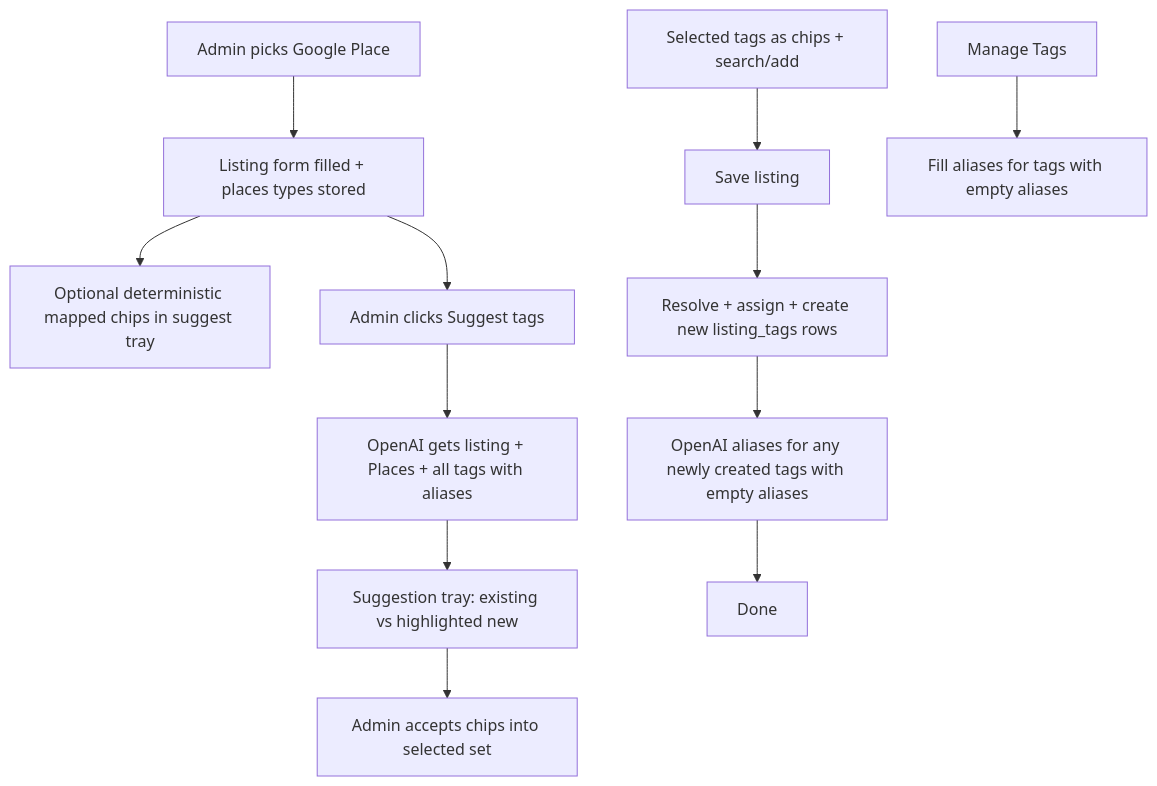
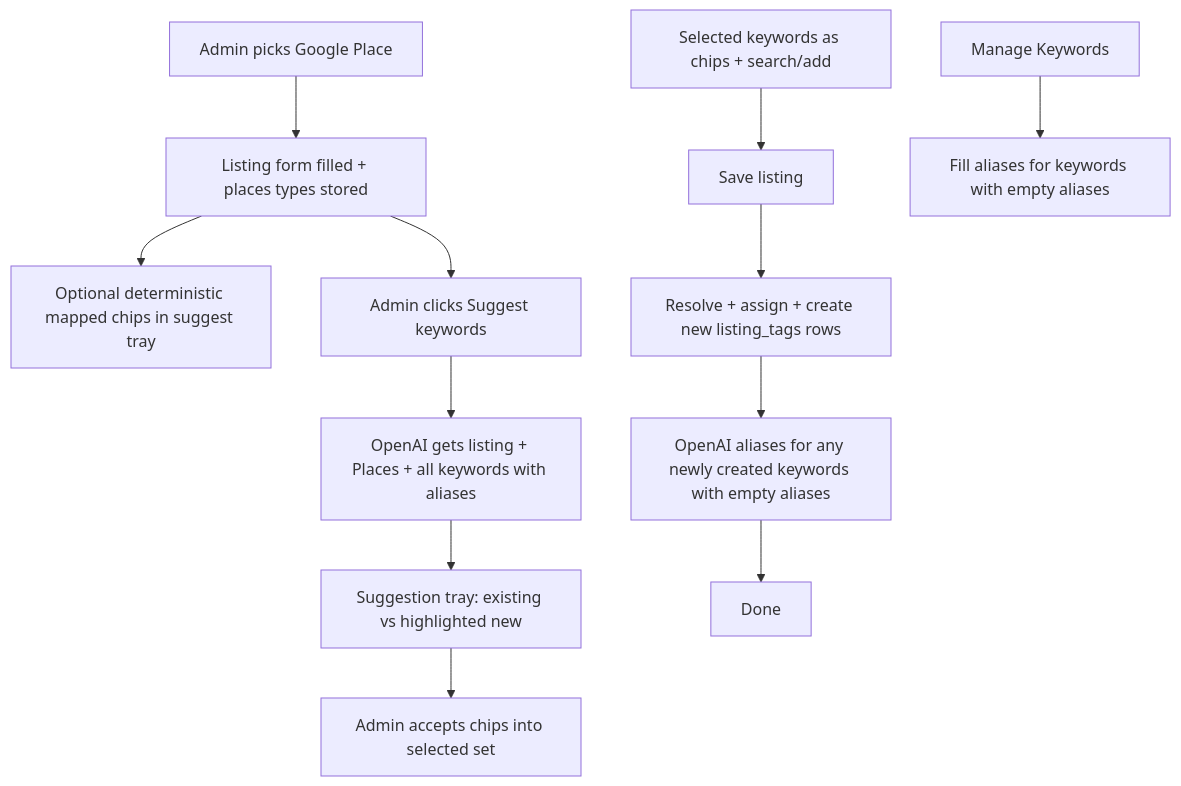
Before and after one commit to AlexanderBraatz/APIC-community-web-app: the second of 2 diagrams in docs/listing-tags-improvement-plan.md, drawn with Mermaid. The commit also changed other lines of this file and 18 other files, not shown here.

First line of the commit message:
Rename listing Tag copy to Keywords in UI and docs.

````diff
--- a/docs/listing-tags-improvement-plan.md
+++ b/docs/listing-tags-improvement-plan.md
@@ -115,14 +115,14 @@
 ```mermaid
 flowchart TD
   Place[Admin picks Google Place] --> Form[Listing form filled + places types stored]
   Form --> DetermOpt[Optional deterministic mapped chips in suggest tray]
-  Form --> SuggestBtn[Admin clicks Suggest tags]
-  SuggestBtn --> AI[OpenAI gets listing + Places + all tags with aliases]
+  Form --> SuggestBtn[Admin clicks Suggest keywords]
+  SuggestBtn --> AI[OpenAI gets listing + Places + all keywords with aliases]
   AI --> Tray[Suggestion tray: existing vs highlighted new]
   Tray --> Accept[Admin accepts chips into selected set]
-  Selected[Selected tags as chips + search/add] --> Save[Save listing]
+  Selected[Selected keywords as chips + search/add] --> Save[Save listing]
   Save --> Sync[Resolve + assign + create new listing_tags rows]
-  Sync --> AliasNew[OpenAI aliases for any newly created tags with empty aliases]
+  Sync --> AliasNew[OpenAI aliases for any newly created keywords with empty aliases]
   AliasNew --> Done[Done]
-  Manage[Manage Tags] --> Backfill[Fill aliases for tags with empty aliases]
+  Manage[Manage Keywords] --> Backfill[Fill aliases for keywords with empty aliases]
 ```
````
